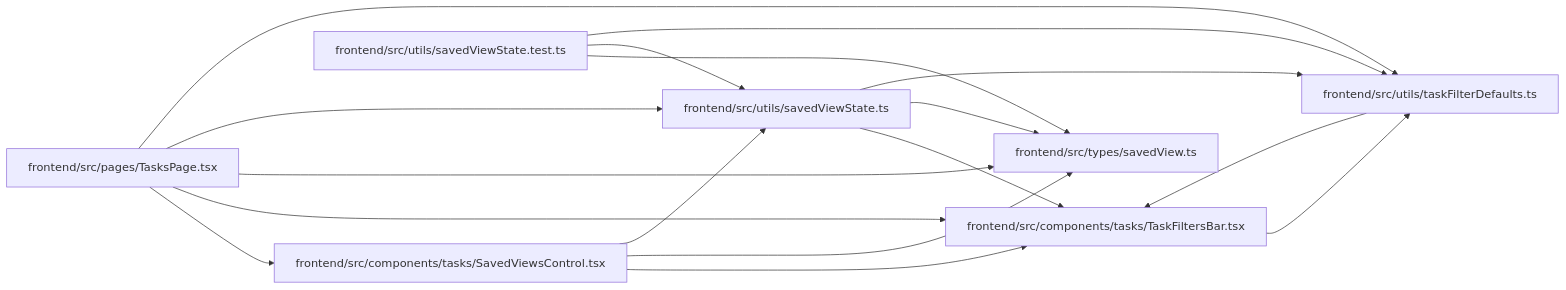
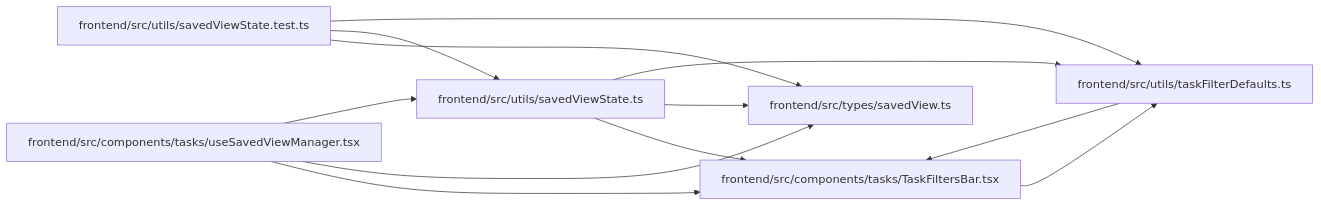
One commit to Denissvgn/WorkChord changed the diagram in docs/llm_wiki/modules/savedViewState.md. Above: the diagram before and after it, drawn with Mermaid. The commit also changed other lines of this file and 2373 other files, not shown here.

````diff
--- a/docs/llm_wiki/modules/savedViewState.md
+++ b/docs/llm_wiki/modules/savedViewState.md
@@ -28,33 +28,26 @@
 ```mermaid
 flowchart LR
-    n0["frontend/src/components/tasks/SavedViewsControl.tsx"]
-    n1["frontend/src/components/tasks/TaskFiltersBar.tsx"]
-    n2["frontend/src/pages/TasksPage.tsx"]
-    n3["frontend/src/types/savedView.ts"]
-    n4["frontend/src/utils/savedViewState.test.ts"]
-    n5["frontend/src/utils/savedViewState.ts"]
-    n6["frontend/src/utils/taskFilterDefaults.ts"]
-    n0 --> n1
-    n0 --> n3
+    n0["frontend/src/components/tasks/TaskFiltersBar.tsx"]
+    n1["frontend/src/components/tasks/useSavedViewManager.tsx"]
+    n2["frontend/src/types/savedView.ts"]
+    n3["frontend/src/utils/savedViewState.test.ts"]
+    n4["frontend/src/utils/savedViewState.ts"]
+    n5["frontend/src/utils/taskFilterDefaults.ts"]
     n0 --> n5
-    n1 --> n6
-    n2 --> n0
-    n2 --> n1
-    n2 --> n3
-    n2 --> n5
-    n2 --> n6
-    n4 --> n3
+    n1 --> n0
+    n1 --> n2
+    n1 --> n4
+    n3 --> n2
+    n3 --> n4
+    n3 --> n5
+    n4 --> n0
+    n4 --> n2
     n4 --> n5
-    n4 --> n6
-    n5 --> n1
-    n5 --> n3
-    n5 --> n6
-    n6 --> n1
-    click n0 "../modules/SavedViewsControl.md"
-    click n1 "../modules/TaskFiltersBar.md"
-    click n2 "../modules/TasksPage.md"
-    click n3 "../modules/savedView.md"
-    click n4 "../modules/savedViewState.test.md"
-    click n5 "../modules/savedViewState.md"
-    click n6 "../modules/taskFilterDefaults.md"
+    n5 --> n0
+    click n0 "../modules/TaskFiltersBar.md"
+    click n1 "../modules/useSavedViewManager.md"
+    click n2 "../modules/savedView.md"
+    click n3 "../modules/savedViewState.test.md"
+    click n4 "../modules/savedViewState.md"
+    click n5 "../modules/taskFilterDefaults.md"
 ```
````
